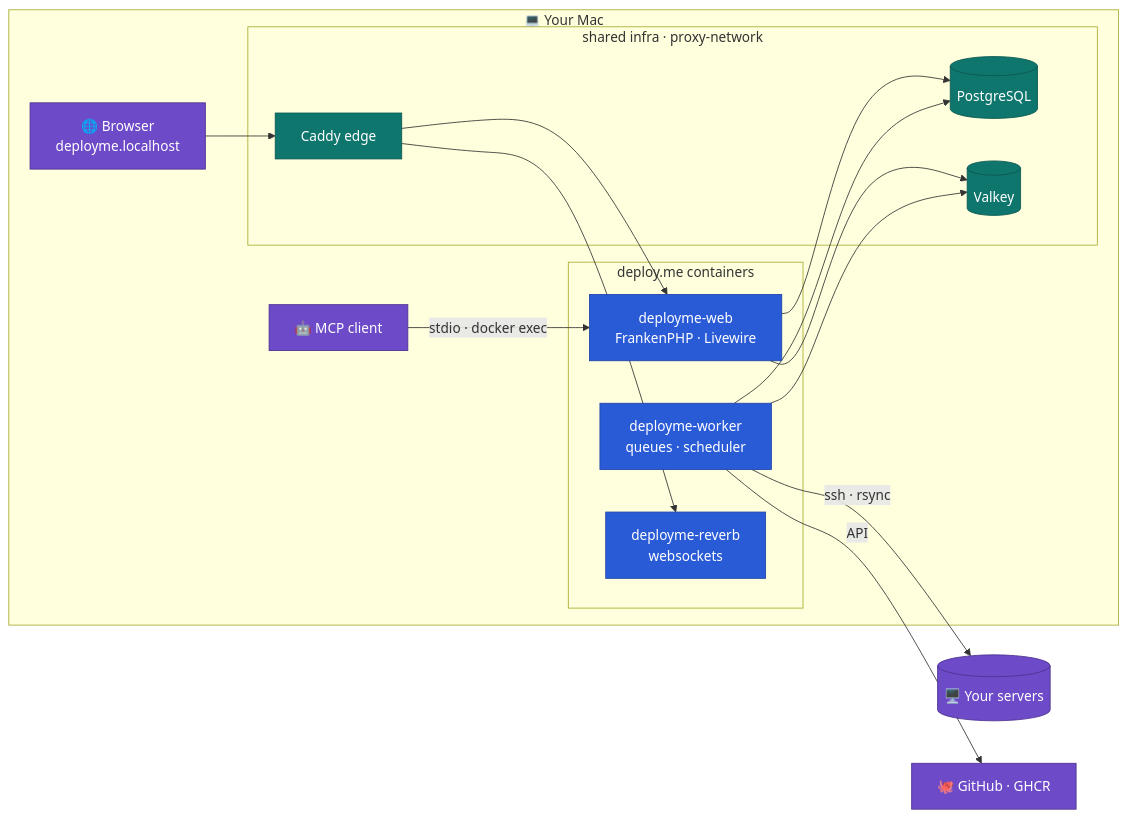
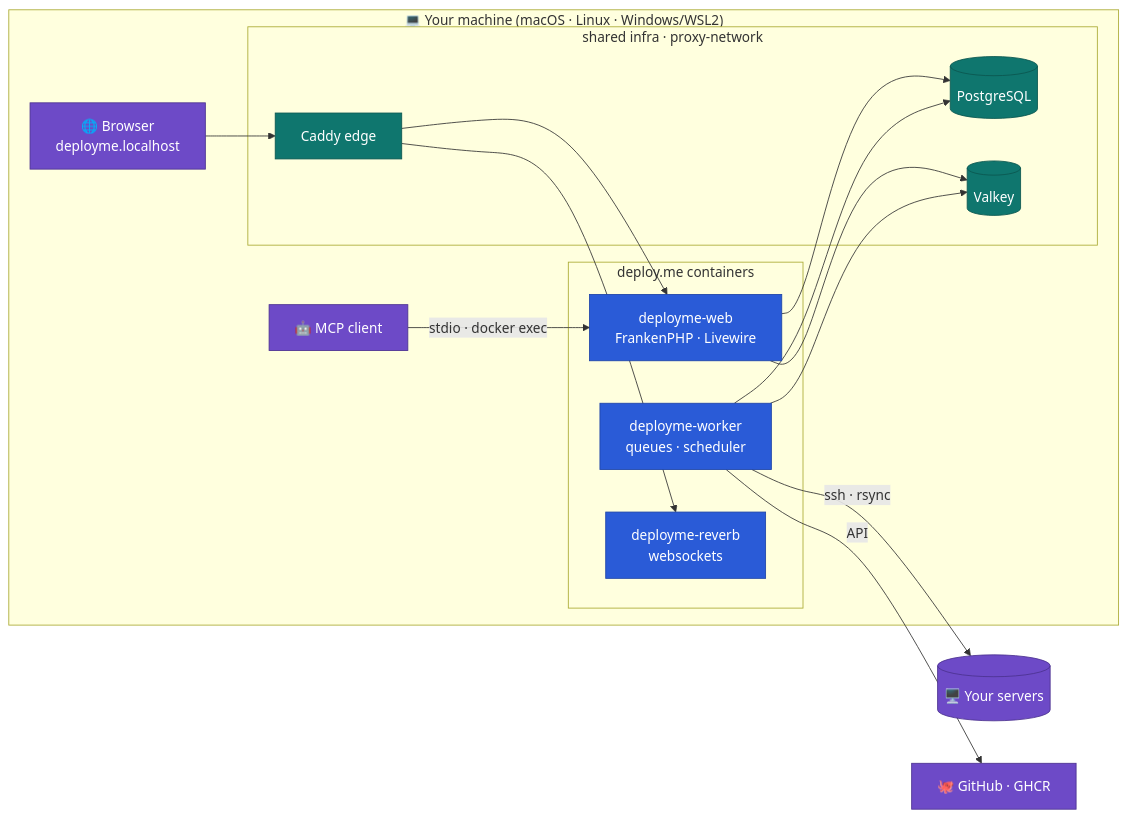
One commit to KielD-01/deploy.me changed the second of 2 diagrams in README.md. Above: the diagram before and after it, drawn with Mermaid. The commit also changed other lines of this file and 2 other files, not shown here.

First line of the commit message:
README: deploy.me runs on macOS, Linux and Windows (WSL2), not only a Mac

````diff
--- a/README.md
+++ b/README.md
@@ -273,36 +274,36 @@
 ```mermaid
 flowchart LR
-    subgraph mac["💻 Your Mac"]
+    subgraph mac["💻 Your machine (macOS · Linux · Windows/WSL2)"]
         browser["🌐 Browser<br/>deployme.localhost"]
         agent["🤖 MCP client"]
         subgraph app["deploy.me containers"]
             web["deployme-web<br/>FrankenPHP · Livewire"]
             worker["deployme-worker<br/>queues · scheduler"]
             reverb["deployme-reverb<br/>websockets"]
         end
         subgraph infra["shared infra · proxy-network"]
             caddy["Caddy edge"]
             pg[("PostgreSQL")]
             valkey[("Valkey")]
         end
     end
     servers[("🖥️ Your servers")]
     github["🐙 GitHub · GHCR"]
 
     browser --> caddy --> web
     caddy --> reverb
     agent -- "stdio · docker exec" --> web
     web --> pg
     web --> valkey
     worker --> pg
     worker --> valkey
     worker -- "ssh · rsync" --> servers
     worker -- "API" --> github
 
     classDef c fill:#2a5bd7,stroke:#1f45a8,color:#fff
     classDef i fill:#0f766e,stroke:#0b5750,color:#fff
     classDef x fill:#6d4ac7,stroke:#4c3291,color:#fff
     class web,worker,reverb c
     class caddy,pg,valkey i
     class servers,github,agent,browser x
 ```
````
